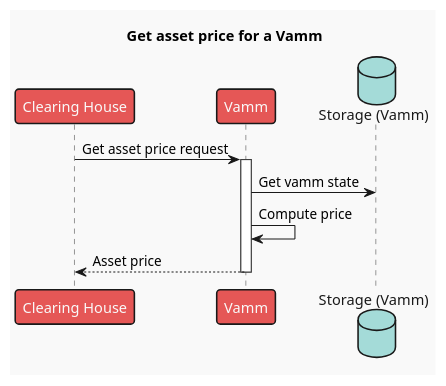
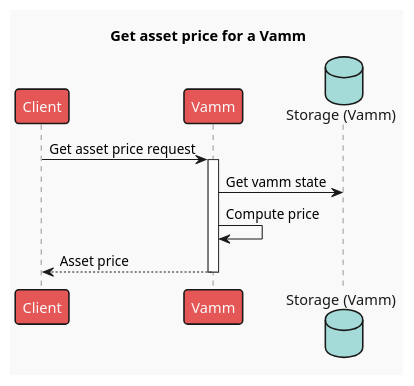
The diagram in frame/vamm/diagrams/function_get_price.plantuml (ComposableFi/composable), drawn with PlantUML before and after one commit. The commit also changed 1 other file, not shown here.

Commit message:
docs(vamm): Change `Clearing House` reference
CU-276hy8d[IN PROGRESS]

```diff
--- a/frame/vamm/diagrams/function_get_price.plantuml
+++ b/frame/vamm/diagrams/function_get_price.plantuml
@@ -1,15 +1,15 @@
 @startuml
 skinparam responseMessageBelowArrow true
 title Get asset price for a Vamm
 'autoactivate on
 !theme mars
 
-participant "Clearing House" as ch
+participant "Client" as client
 participant "Vamm" as vamm
 database "Storage (Vamm)" as svamm
 
-ch -> vamm++: Get asset price request
+client -> vamm++: Get asset price request
 vamm -> svamm: Get vamm state
 vamm -> vamm: Compute price
-vamm --> ch--: Asset price
+vamm --> client--: Asset price
 @enduml
```
